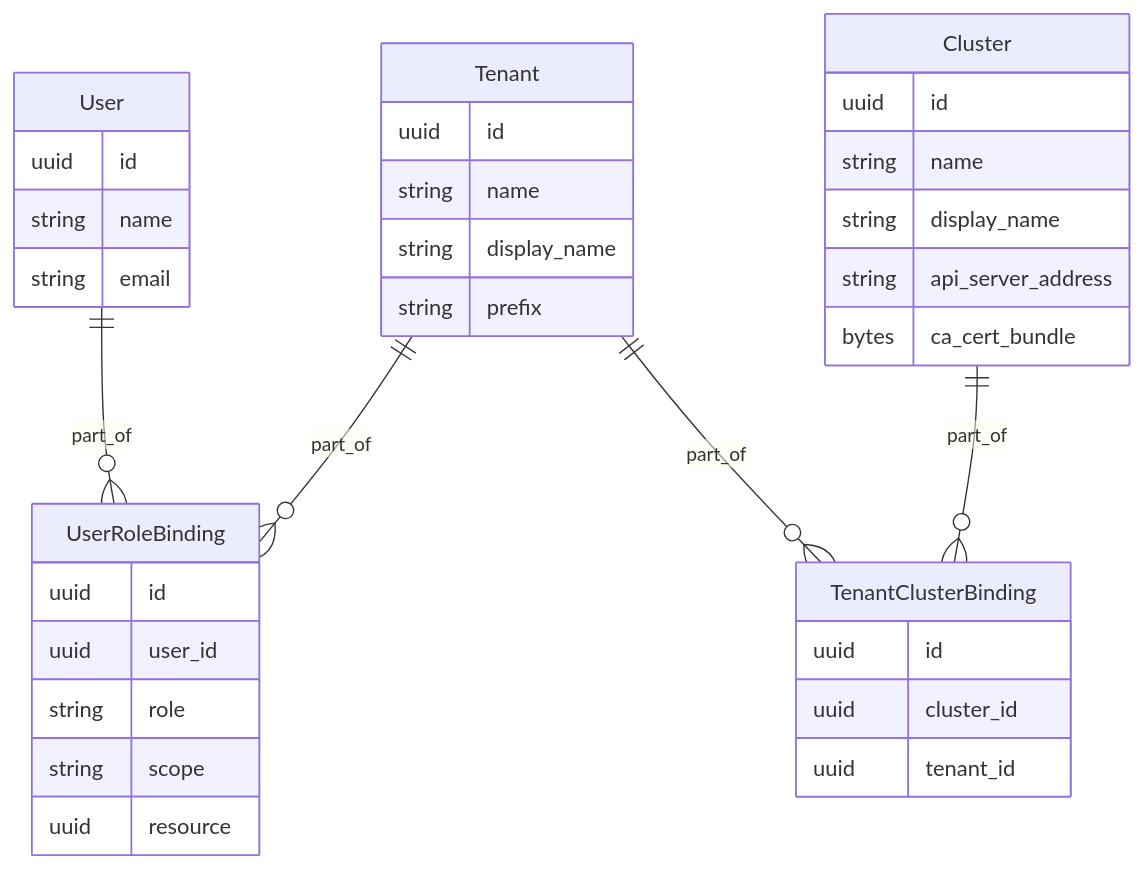
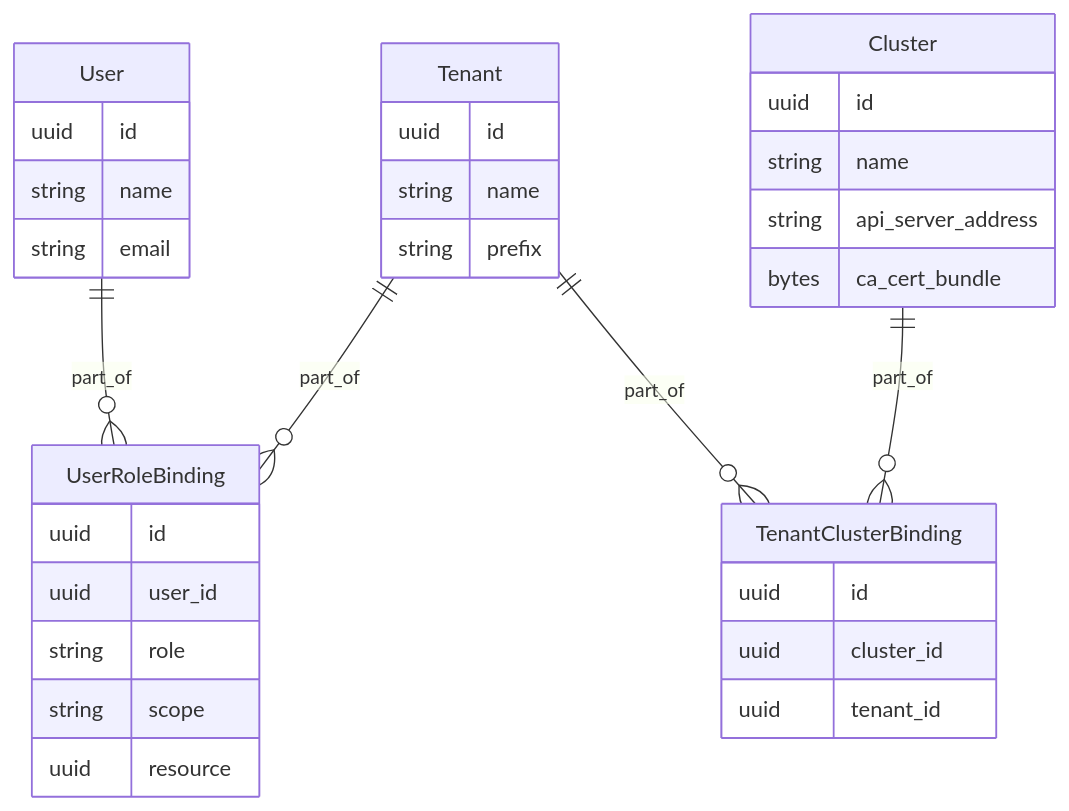
One commit to finleap-connect/monoskope changed the diagram in docs/concepts/data-model.md. Above: the diagram before and after it, drawn with Mermaid. The commit also changed other lines of this file and 4 other files, not shown here.

````diff
--- a/docs/concepts/data-model.md
+++ b/docs/concepts/data-model.md
@@ -7,43 +6,41 @@
 ```mermaid
 erDiagram
     User {
         uuid id
         string name
         string email
     }
 
     UserRoleBinding {
         uuid id
         uuid user_id
         string role
         string scope
         uuid resource
     }
 
     Cluster {
         uuid id
         string name
-        string display_name
         string api_server_address
         bytes ca_cert_bundle
     }
 
     Tenant {
         uuid id
         string name
-        string display_name
         string prefix
     }
 
     TenantClusterBinding {
         uuid id
         uuid cluster_id
         uuid tenant_id
     }
 
     User ||--o{ UserRoleBinding : part_of
     Tenant ||--o{ UserRoleBinding : part_of
 
     Tenant ||--o{ TenantClusterBinding : part_of
     Cluster ||--o{ TenantClusterBinding : part_of
 ```
````
